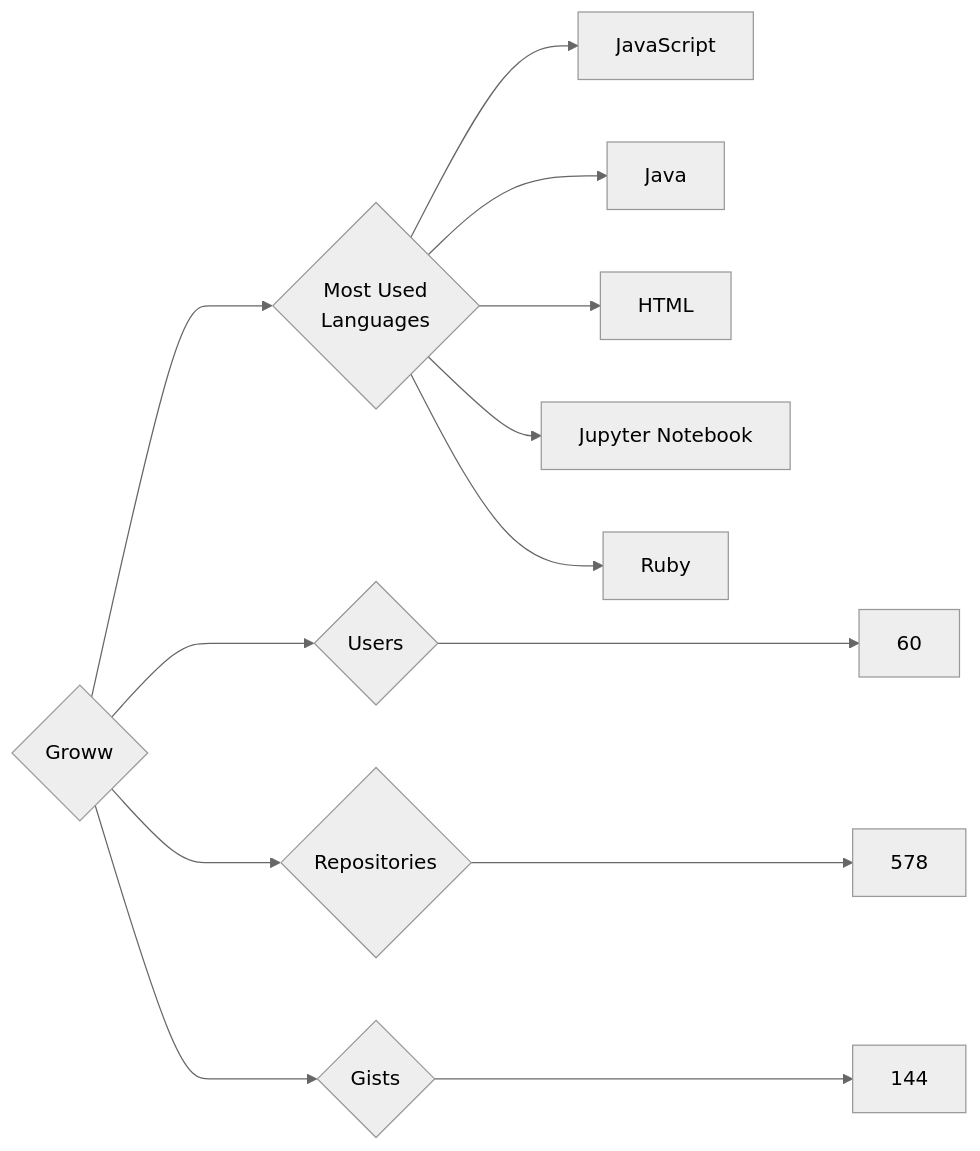
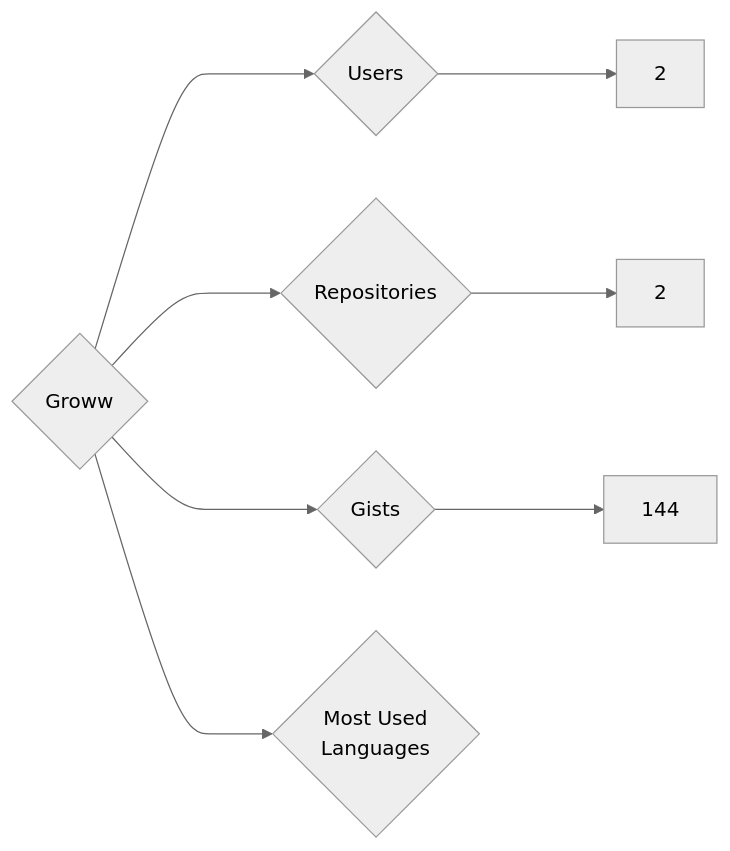
One commit to trickest/insiders changed the diagram in targets/Groww/README.md. Above: the diagram before and after it, drawn with Mermaid (neutral theme). The commit also changed 736 other files, not shown here.

````diff
--- a/targets/Groww/README.md
+++ b/targets/Groww/README.md
@@ -3,13 +3,8 @@
 ```mermaid
 graph LR
 COMPANY_NAME{Groww}
-COMPANY_NAME ---> U{Users} ---> UN[60]
-COMPANY_NAME ---> R{Repositories} ---> RN[578]
+COMPANY_NAME ---> U{Users} ---> UN[2]
+COMPANY_NAME ---> R{Repositories} ---> RN[2]
 COMPANY_NAME ---> G{Gists} ---> GN[144]
 COMPANY_NAME ---> ML{Most Used<br>Languages}
-ML --> JavaScript[JavaScript]
-ML --> Java[Java]
-ML --> HTML[HTML]
-ML --> Jupyter_Notebook[Jupyter Notebook]
-ML --> Ruby[Ruby]
 ```
````
